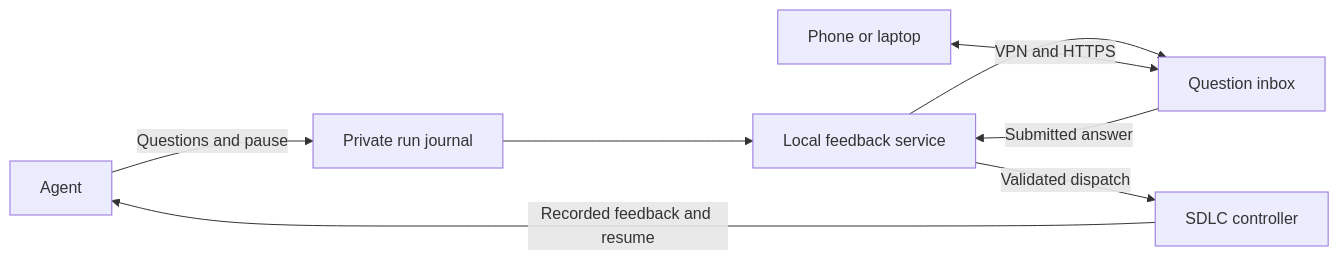
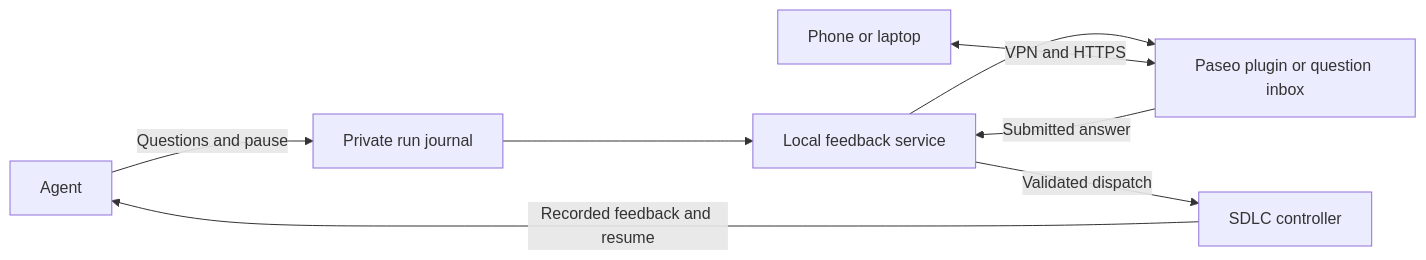
Before and after one commit to tjpeel/sdlc: the diagram in docs/proposals/private-feedback-loop.md, drawn with Mermaid. The commit also changed other lines of this file and 1 other file, not shown here.

Commit message:
Assess Paseo for private agent feedback

````diff
--- a/docs/proposals/private-feedback-loop.md
+++ b/docs/proposals/private-feedback-loop.md
@@ -84,10 +87,10 @@
 ```mermaid
 flowchart LR
     Agent[Agent] -->|Questions and pause| Journal[Private run journal]
     Journal --> Service[Local feedback service]
-    Service --> Inbox[Question inbox]
+    Service --> Inbox[Paseo plugin or question inbox]
     Owner[Phone or laptop] <-->|VPN and HTTPS| Inbox
     Inbox -->|Submitted answer| Service
     Service -->|Validated dispatch| Controller[SDLC controller]
     Controller -->|Recorded feedback and resume| Agent
 ```
````
